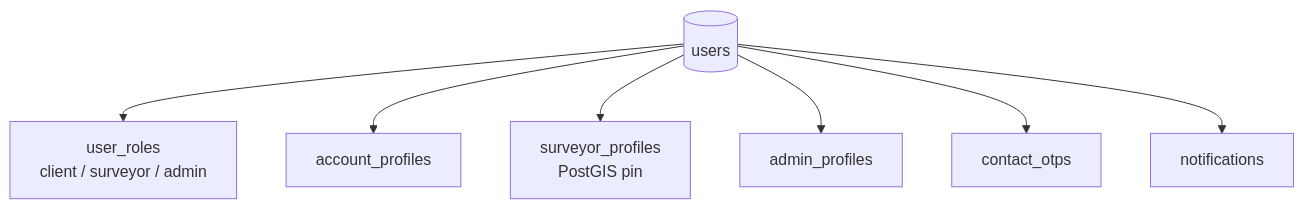
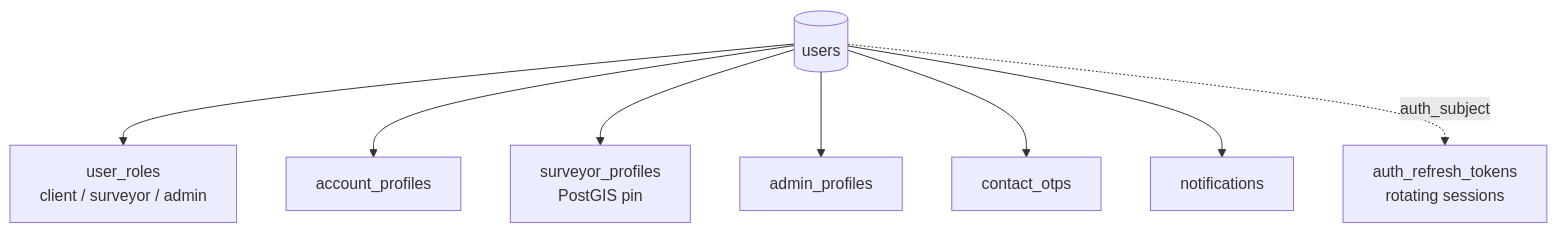
Before and after one commit to nilvbs/virtualbuildingstudio-build-monorepo: the second of 4 diagrams in docs/DATA_VISUAL.md, drawn with Mermaid. The commit also changed other lines of this file and 39 other files, not shown here.

First line of the commit message:
feat(security): cookie sessions with rotating refresh, bound OAuth state, hardened headers.

````diff
--- a/docs/DATA_VISUAL.md
+++ b/docs/DATA_VISUAL.md
@@ -224,10 +238,11 @@
 ```mermaid
 flowchart TB
   U[(users)]
   U --> UR["user_roles<br/>client / surveyor / admin"]
   U --> AP[account_profiles]
   U --> SP["surveyor_profiles<br/>PostGIS pin"]
   U --> ADP[admin_profiles]
   U --> OTP[contact_otps]
   U --> N[notifications]
+  U -.->|auth_subject| RT["auth_refresh_tokens<br/>rotating sessions"]
 ```
````
